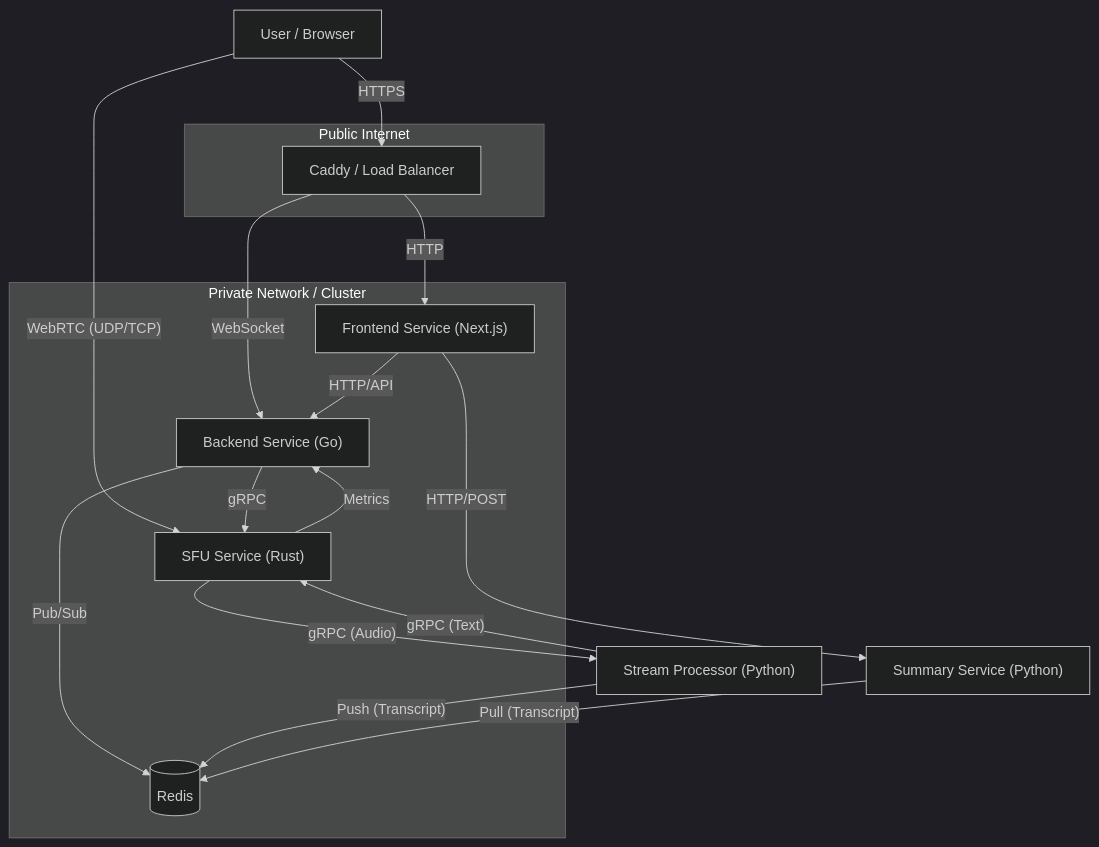
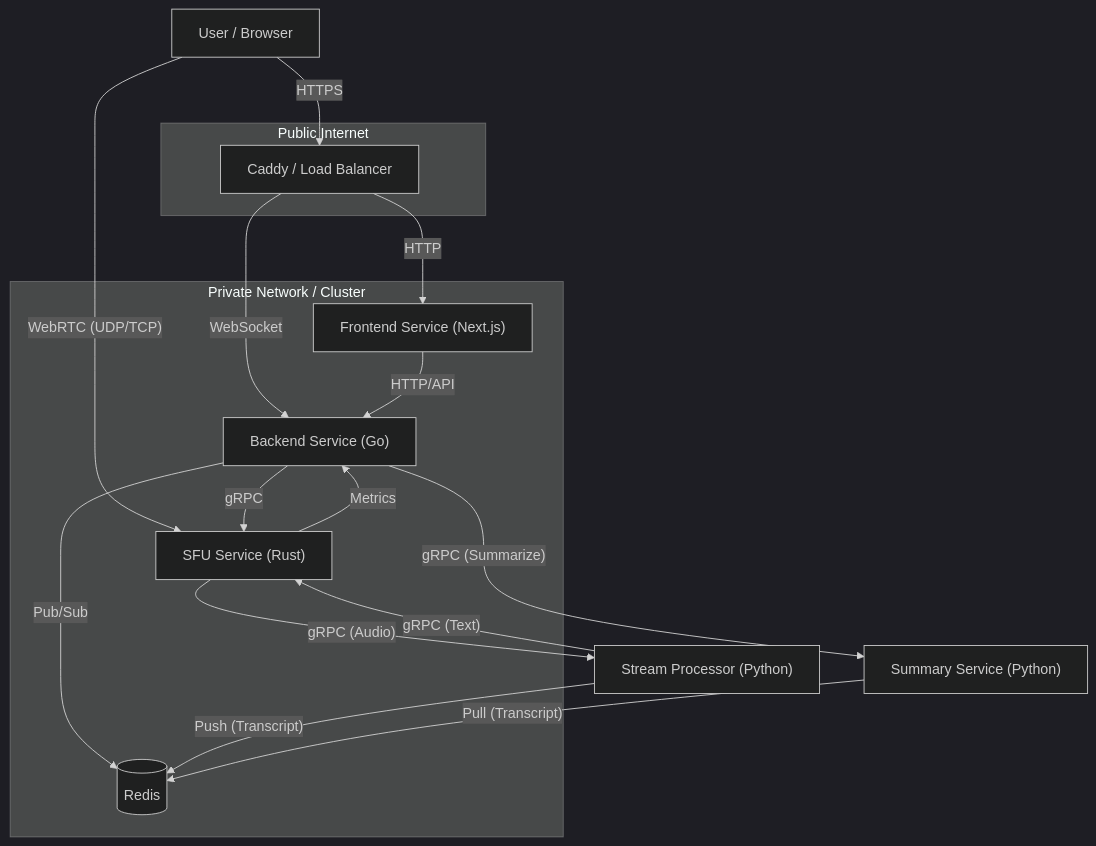
The diagram in README.md (RoseWrightdev/Video-Conferencing), drawn with Mermaid (dark theme) before and after one commit. The commit also changed other lines of this file, not shown here.

Commit message:
chore: update graph

````diff
--- a/README.md
+++ b/README.md
@@ -15,30 +15,30 @@
 ```mermaid
 graph TD
     User["User / Browser"]
     
     subgraph "Public Internet"
         LB["Caddy / Load Balancer"]
     end
     
     subgraph "Private Network / Cluster"
         FE["Frontend Service (Next.js)"]
         BE["Backend Service (Go)"]
         Redis[("Redis")]
         SFU["SFU Service (Rust)"]
     end
 
     User -- HTTPS --> LB
     LB -- HTTP --> FE
     LB -- WebSocket --> BE
     User -- WebRTC (UDP/TCP) --> SFU
     
     FE -- HTTP/API --> BE
     BE -- gRPC --> SFU
     BE -- Pub/Sub --> Redis
     SFU -- Metrics --> BE
     SFU -- gRPC (Audio) --> CC["Stream Processor (Python)"]
     CC -- gRPC (Text) --> SFU
     CC -- Push (Transcript) --> Redis
-    Sum["Summary Service (Python)"] -- Pull (Transcript) --> Redis
-    FE -- HTTP/POST --> Sum
+    BE -- gRPC (Summarize) --> Sum["Summary Service (Python)"]
+    Sum -- Pull (Transcript) --> Redis
 ```
````
